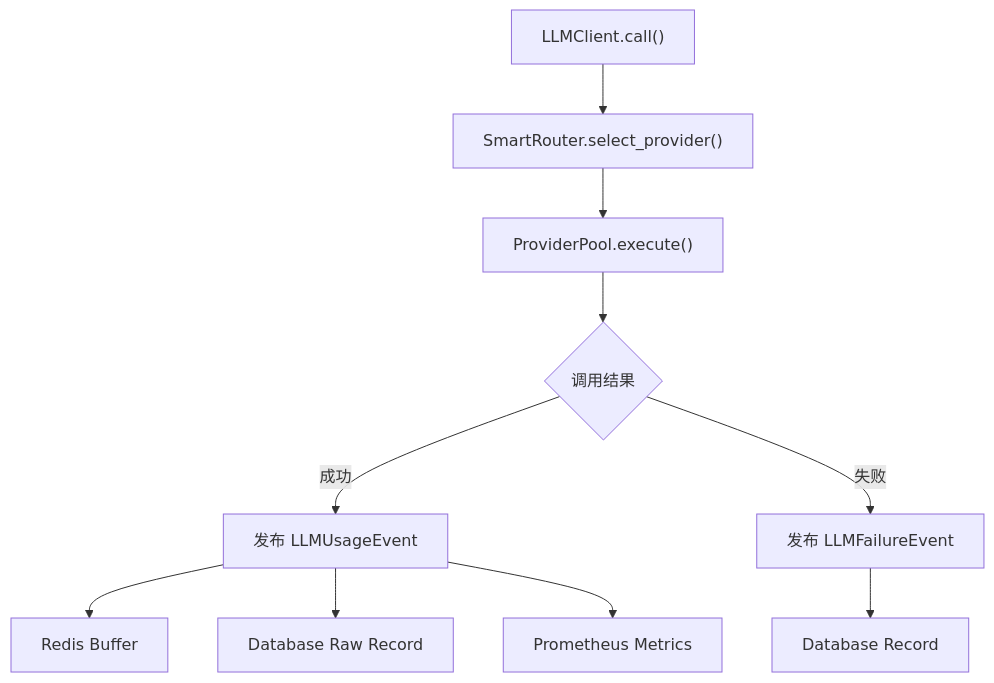
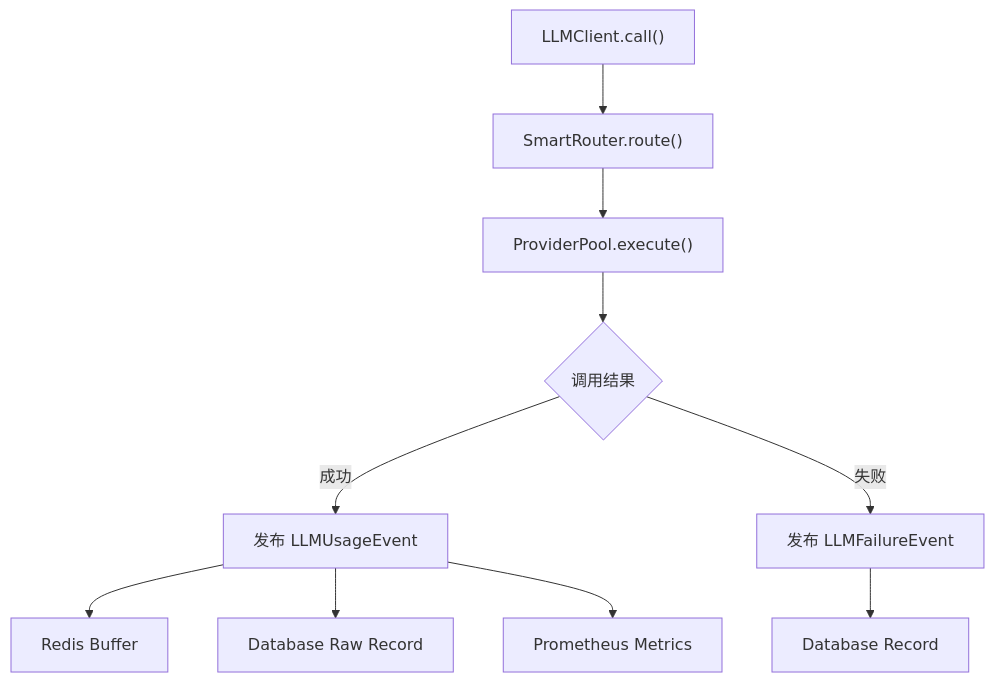
One commit to Kirky-X/weaver changed the second of 7 diagrams in docs/ARCHITECTURE.md. Above: the diagram before and after it, drawn with Mermaid. The commit also changed other lines of this file and 7 other files, not shown here.

````diff
--- a/docs/ARCHITECTURE.md
+++ b/docs/ARCHITECTURE.md
@@ -453,13 +453,13 @@
 ```mermaid
 graph TD
-    A["LLMClient.call()"] --> B["SmartRouter.select_provider()"]
+    A["LLMClient.call()"] --> B["SmartRouter.route()"]
     B --> C["ProviderPool.execute()"]
     C --> D{"调用结果"}
     D -->|"成功"| E["发布 LLMUsageEvent"]
     D -->|"失败"| F["发布 LLMFailureEvent"]
 
     E --> G["Redis Buffer"]
     E --> H["Database Raw Record"]
     E --> I["Prometheus Metrics"]
     F --> J["Database Record"]
 ```
````
